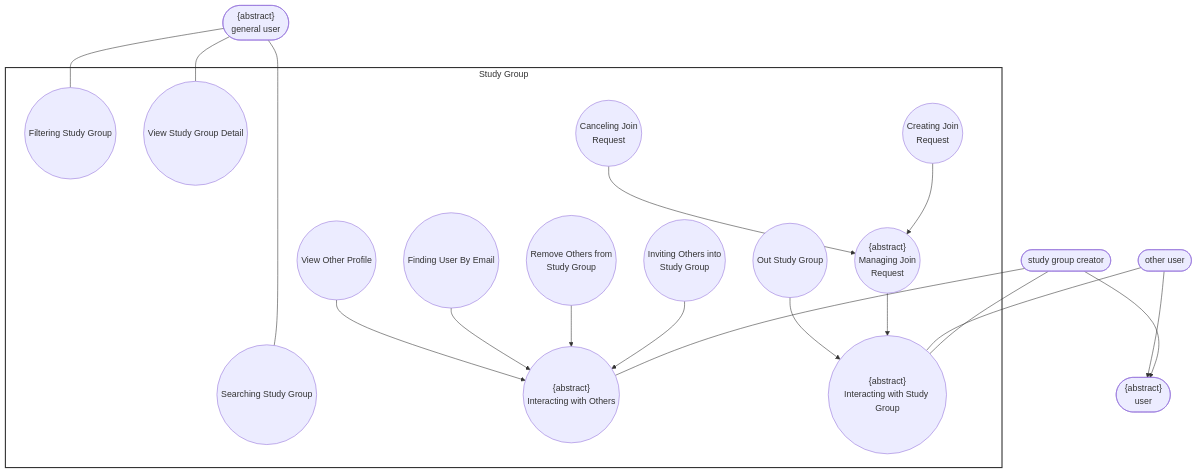
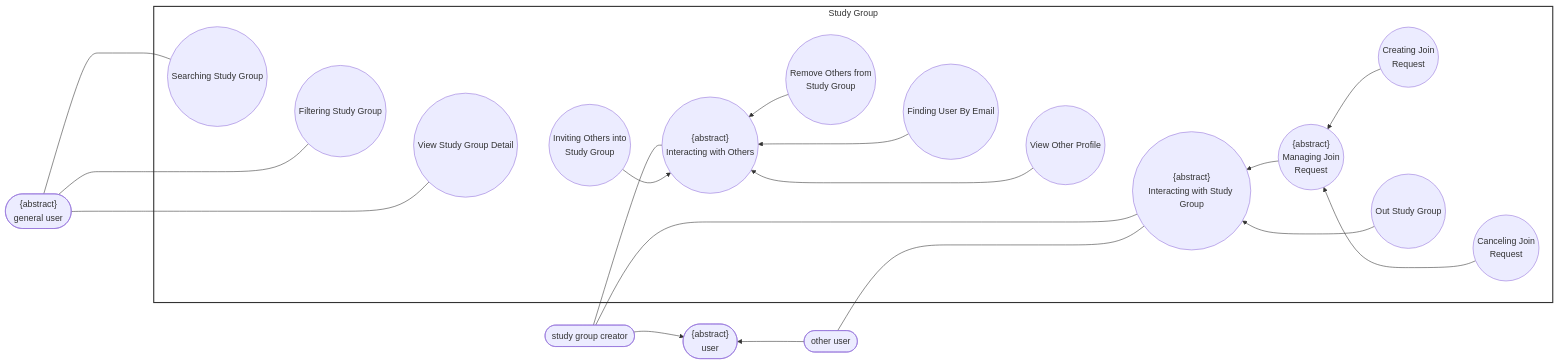
Before and after one commit to DuyNhat1705/AmeThyst-Library: the sixth of 9 diagrams in docs/use case specification/AllSpec.md, drawn with Mermaid.

Commit message:
Update use case diagram for study group

````diff
--- a/docs/use case specification/AllSpec.md
+++ b/docs/use case specification/AllSpec.md
@@ -2842,36 +2842,48 @@
 ```mermaid
-flowchart TD
+flowchart LR
  subgraph StudyGroup["Study Group"]
         UC1(("Searching Study Group"))
         UC2(("Filtering Study Group"))
         UC3(("View Study Group Detail"))
         UC5(("Inviting Others into<br>Study Group"))
-        UC4(("<center>{abstract}<br>Interacting with Others</center>"))
+        UC4(("{abstract}<br>Interacting with Others"))
         UC6(("Remove Others from<br>Study Group"))
         UC7(("Finding User By Email"))
         UC8(("View Other Profile"))
-        UC9(("<center>{abstract}<br>Interacting with Study Group</center>"))
-        UC10(("<center>{abstract}<br>Managing Join<br>Request</center>"))
-        UC11(("<center>Creating Join<br>Request</center>"))
-        UC12(("<center>Canceling Join<br>Request</center>"))
+        UC9(("{abstract}<br>Interacting with Study Group"))
+        UC10(("{abstract}<br>Managing Join<br>Request"))
+        UC11(("Creating Join<br>Request"))
+        UC12(("Canceling Join<br>Request"))
         UC13(("Out Study Group"))
   end
-    StudyGroupCreator(["study group creator"]) --> User(["<center>{abstract}<br>user</center>"])
+    StudyGroupCreator(["study group creator"]) --> User(["{abstract}<br>user"])
     OtherUser(["other user"]) --> User
-    GeneralUser(["<center>{abstract}<br>general user</center>"]) ~~~ StudyGroupCreator
+    GeneralUser(["{abstract}<br>general user"]) ~~~ StudyGroupCreator
     StudyGroupCreator ~~~ User
+    User ~~~ OtherUser
+    UC1 ~~~ UC2
+    UC2 ~~~ UC3
+    UC3 ~~~ UC5
+    UC5 ~~~ UC4
+    UC4 ~~~ UC6
+    UC6 ~~~ UC7
+    UC7 ~~~ UC8
+    UC8 ~~~ UC9
+    UC9 ~~~ UC10
+    UC10 ~~~ UC11 & UC13
+    UC11 ~~~ UC12
     GeneralUser ~~~~~ StudyGroup
     GeneralUser --- UC1 & UC2 & UC3
     StudyGroupCreator --- UC4 & UC9
     OtherUser --- UC9
     UC5 --> UC4
     UC6 --> UC4
     UC7 --> UC4
     UC8 --> UC4
     UC10 --> UC9
     UC13 --> UC9
     UC11 --> UC10
     UC12 --> UC10
 
     style StudyGroup fill:#fff,stroke:#333,stroke-width:2px
 ```
````
